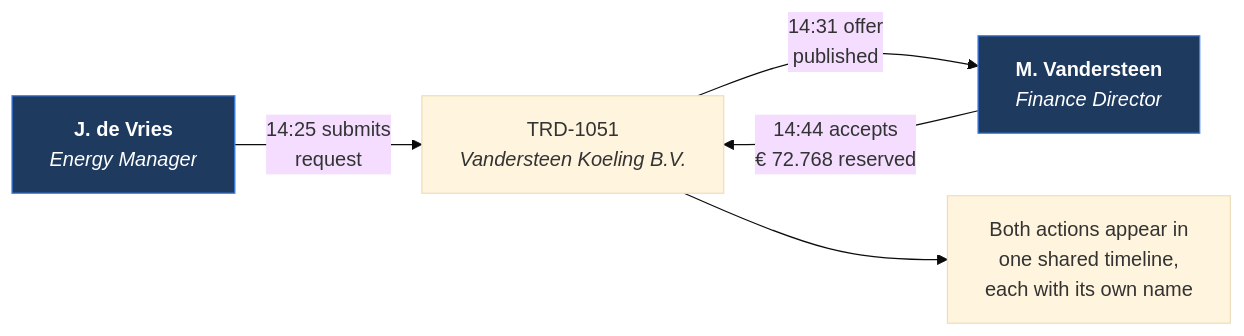
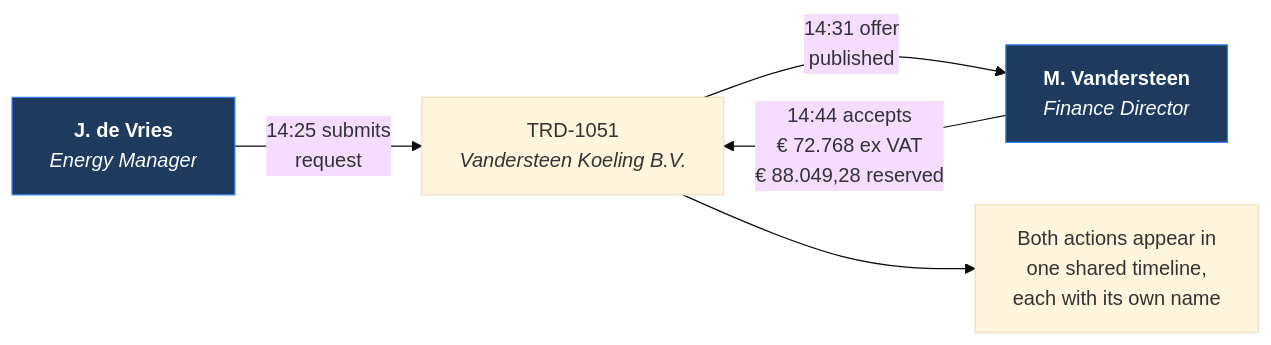
The first of 4 diagrams in specs/10-features/F05-energy-block-trading.md (lukastosic-ifd/peakpowerspecs), drawn with Mermaid (base theme) before and after one commit. The commit also changed other lines of this file and 66 other files, not shown here.

````diff
--- a/specs/10-features/F05-energy-block-trading.md
+++ b/specs/10-features/F05-energy-block-trading.md
@@ -28,10 +39,10 @@
 ```mermaid
 flowchart LR
     A["<b>J. de Vries</b><br/><i>Energy Manager</i>"] -->|"14:25 submits<br/>request"| T["TRD-1051<br/><i>Vandersteen Koeling B.V.</i>"]
     T -->|"14:31 offer<br/>published"| B["<b>M. Vandersteen</b><br/><i>Finance Director</i>"]
-    B -->|"14:44 accepts<br/>€ 72.768 reserved"| T
+    B -->|"14:44 accepts<br/>€ 72.768 ex VAT<br/>€ 88.049,28 reserved"| T
     T --> C["Both actions appear in<br/>one shared timeline,<br/>each with its own name"]
 
     classDef acct fill:#1e3a5f,stroke:#3b82f6,color:#fff
     class A,B acct
 ```
````
